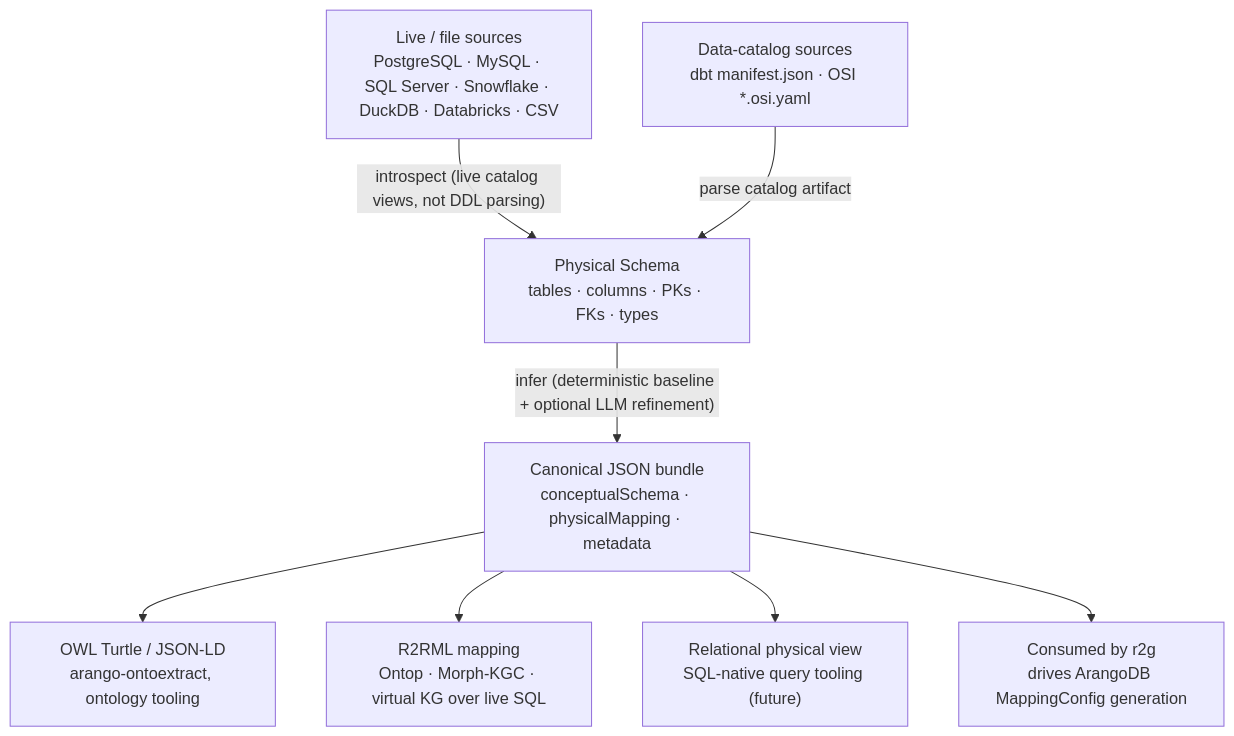
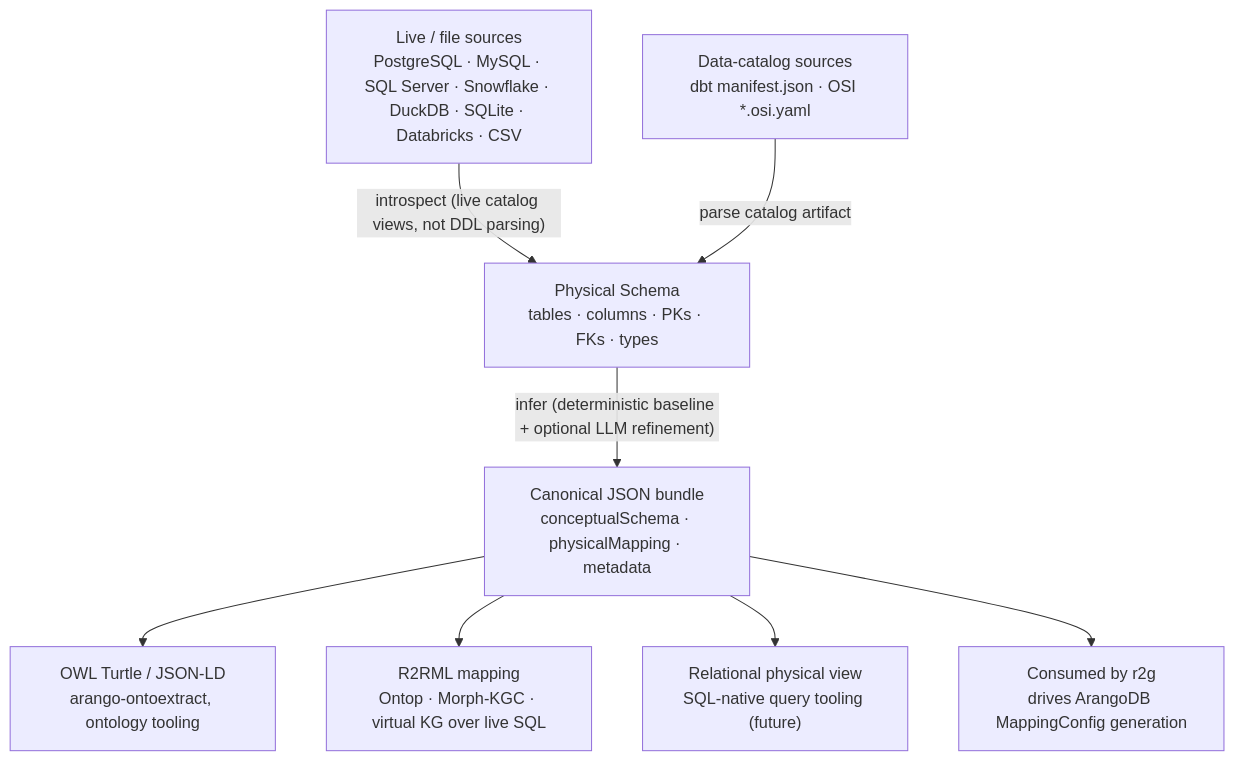
The diagram in README.md (ArthurKeen/relational-schema-analyzer), drawn with Mermaid before and after one commit. The commit also changed other lines of this file and 9 other files, not shown here.

````diff
--- a/README.md
+++ b/README.md
@@ -15,19 +15,19 @@
 ```mermaid
 flowchart TD
-    live["Live / file sources<br/>PostgreSQL · MySQL · SQL Server · Snowflake · DuckDB · Databricks · CSV"]
+    live["Live / file sources<br/>PostgreSQL · MySQL · SQL Server · Snowflake · DuckDB · SQLite · Databricks · CSV"]
     catalog["Data-catalog sources<br/>dbt manifest.json · OSI *.osi.yaml"]
     phys["Physical Schema<br/>tables · columns · PKs · FKs · types"]
     bundle["Canonical JSON bundle<br/>conceptualSchema · physicalMapping · metadata"]
     owl["OWL Turtle / JSON-LD<br/>arango-ontoextract, ontology tooling"]
     r2rml["R2RML mapping<br/>Ontop · Morph-KGC · virtual KG over live SQL"]
     view["Relational physical view<br/>SQL-native query tooling (future)"]
     r2g["Consumed by r2g<br/>drives ArangoDB MappingConfig generation"]
 
     live -->|"introspect (live catalog views, not DDL parsing)"| phys
     catalog -->|"parse catalog artifact"| phys
     phys -->|"infer (deterministic baseline + optional LLM refinement)"| bundle
     bundle --> owl
     bundle --> r2rml
     bundle --> view
     bundle --> r2g
 ```
````
